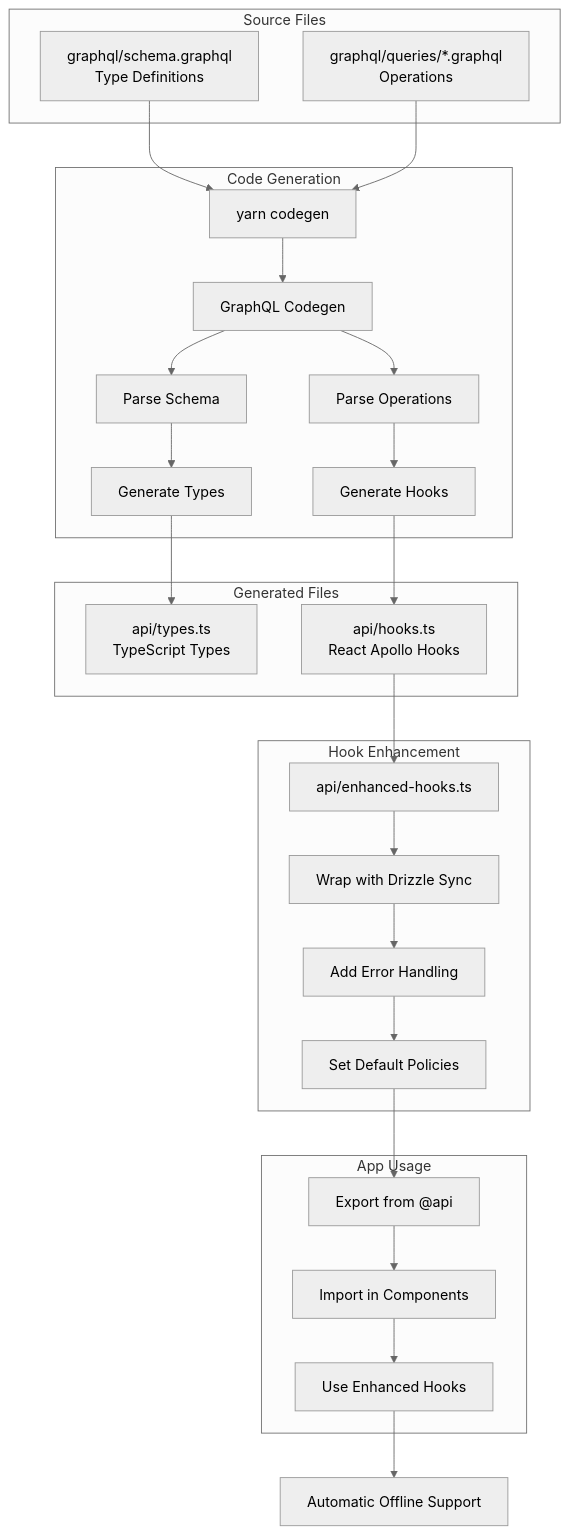
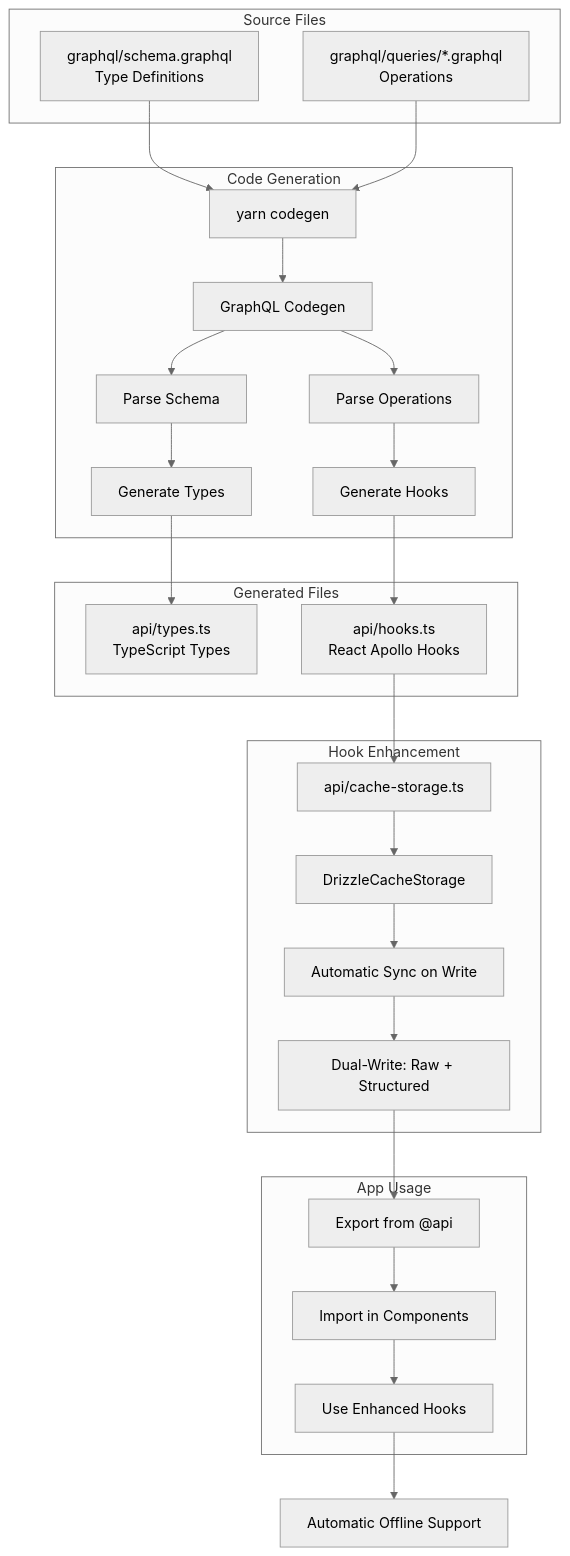
The ninth of 11 diagrams in README.md (mehotkhan/safarnak.app), drawn with Mermaid (neutral theme) before and after one commit. The commit also changed other lines of this file and 5 other files, not shown here.

````diff
--- a/README.md
+++ b/README.md
@@ -440,37 +416,37 @@
 ```mermaid
 flowchart TB
   subgraph Input["Source Files"]
     I1["graphql/schema.graphql<br/>Type Definitions"]
     I2["graphql/queries/*.graphql<br/>Operations"]
   end
 
   subgraph Codegen["Code Generation"]
     C1["yarn codegen"] --> C2["GraphQL Codegen"]
     C2 --> C3["Parse Schema"]
     C2 --> C4["Parse Operations"]
     C3 --> C5["Generate Types"]
     C4 --> C6["Generate Hooks"]
   end
 
   subgraph Output["Generated Files"]
     C5 --> O1["api/types.ts<br/>TypeScript Types"]
     C6 --> O2["api/hooks.ts<br/>React Apollo Hooks"]
   end
 
   subgraph Enhancement["Hook Enhancement"]
-    O2 --> E1["api/enhanced-hooks.ts"]
-    E1 --> E2["Wrap with Drizzle Sync"]
-    E2 --> E3["Add Error Handling"]
-    E3 --> E4["Set Default Policies"]
+    O2 --> E1["api/cache-storage.ts"]
+    E1 --> E2["DrizzleCacheStorage"]
+    E2 --> E3["Automatic Sync on Write"]
+    E3 --> E4["Dual-Write: Raw + Structured"]
   end
 
   subgraph Usage["App Usage"]
     E4 --> U1["Export from @api"]
     U1 --> U2["Import in Components"]
     U2 --> U3["Use Enhanced Hooks"]
   end
 
   I1 --> C1
   I2 --> C1
   U3 --> U4["Automatic Offline Support"]
 ```
````
